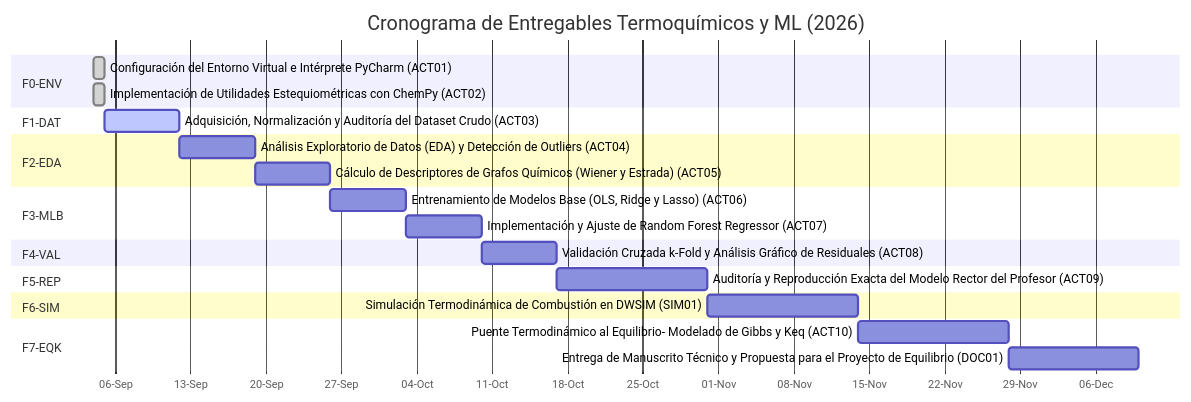
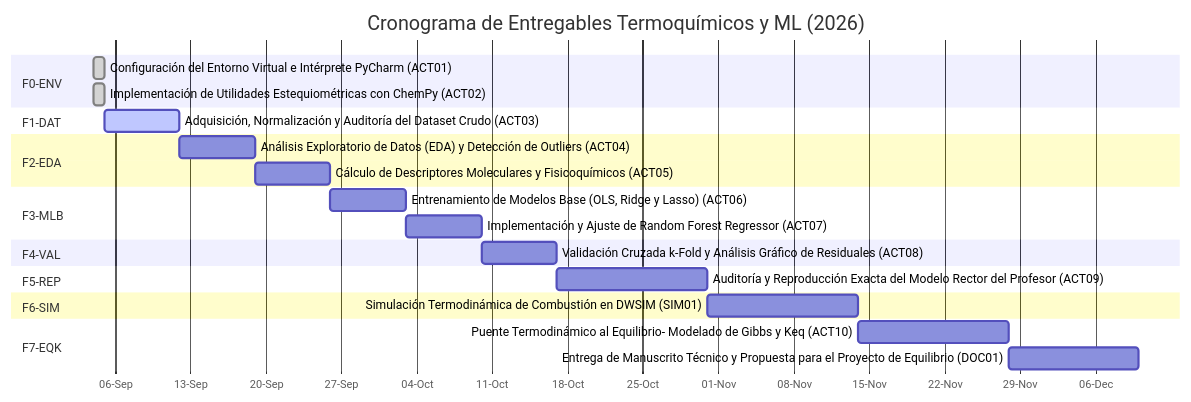
Before and after one commit to karolcamachol29-sudo/modelo-entalpias-combustion: the diagram in ROADMAP.md, drawn with Mermaid. The commit also changed other lines of this file and 6 other files, not shown here.

Commit message:
docs: enfocar el proyecto exclusivamente en prediccion de entalpias con descriptores moleculares sin grafos

````diff
--- a/ROADMAP.md
+++ b/ROADMAP.md
@@ -10,34 +10,34 @@
 ```mermaid
 gantt
     title Cronograma de Entregables Termoquímicos y ML (2026)
     dateFormat  YYYY-MM-DD
     axisFormat  %d-%b
 
     section F0-ENV
     Configuración del Entorno Virtual e Intérprete PyCharm (ACT01) :done, ACT01, 2026-09-04, 2026-09-05
     Implementación de Utilidades Estequiométricas con ChemPy (ACT02) :done, ACT02, 2026-09-04, 2026-09-05
 
     section F1-DAT
     Adquisición, Normalización y Auditoría del Dataset Crudo (ACT03) :active, ACT03, 2026-09-05, 2026-09-12
 
     section F2-EDA
     Análisis Exploratorio de Datos (EDA) y Detección de Outliers (ACT04) :ACT04, 2026-09-12, 2026-09-19
-    Cálculo de Descriptores de Grafos Químicos (Wiener y Estrada) (ACT05) :ACT05, 2026-09-19, 2026-09-26
+    Cálculo de Descriptores Moleculares y Fisicoquímicos (ACT05) :ACT05, 2026-09-19, 2026-09-26
 
     section F3-MLB
     Entrenamiento de Modelos Base (OLS, Ridge y Lasso) (ACT06) :ACT06, 2026-09-26, 2026-10-03
     Implementación y Ajuste de Random Forest Regressor (ACT07) :ACT07, 2026-10-03, 2026-10-10
 
     section F4-VAL
     Validación Cruzada k-Fold y Análisis Gráfico de Residuales (ACT08) :ACT08, 2026-10-10, 2026-10-17
 
     section F5-REP
     Auditoría y Reproducción Exacta del Modelo Rector del Profesor (ACT09) :ACT09, 2026-10-17, 2026-10-31
 
     section F6-SIM
     Simulación Termodinámica de Combustión en DWSIM (SIM01) :SIM01, 2026-10-31, 2026-11-14
 
     section F7-EQK
     Puente Termodinámico al Equilibrio- Modelado de Gibbs y Keq (ACT10) :ACT10, 2026-11-14, 2026-11-28
     Entrega de Manuscrito Técnico y Propuesta para el Proyecto de Equilibrio (DOC01) :DOC01, 2026-11-28, 2026-12-10
 ```
````
